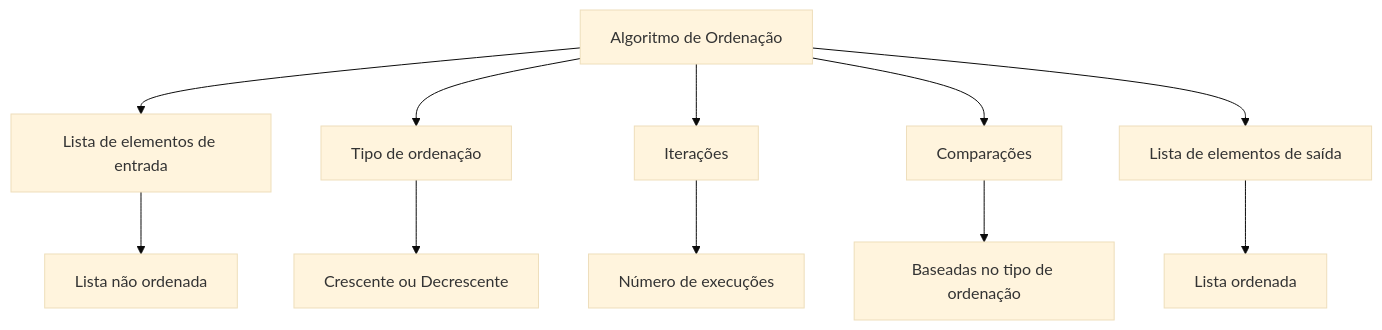
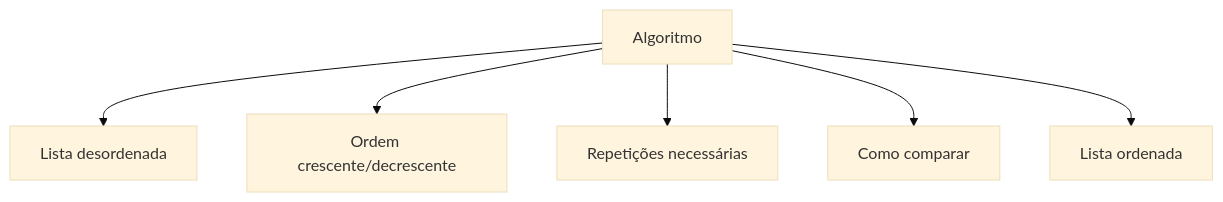
Before and after one commit to mrpunkdasilva/learn-sorting-algorithms: the diagram in Writerside/topics/Learn-Sorting-ALgorithms.md, drawn with Mermaid (base theme). The commit also changed other lines of this file and 38 other files, not shown here.

````diff
--- a/Writerside/topics/Learn-Sorting-ALgorithms.md
+++ b/Writerside/topics/Learn-Sorting-ALgorithms.md
@@ -52,14 +40,8 @@
 ```mermaid
 graph TD
-    A[Algoritmo de Ordenação] --> B[Lista de elementos de entrada]
-    A --> C[Tipo de ordenação]
-    A --> D[Iterações]
-    A --> E[Comparações]
-    A --> F[Lista de elementos de saída]
-    
-    B --> G[Lista não ordenada]
-    C --> H[Crescente ou Decrescente]
-    D --> I[Número de execuções]
-    E --> J[Baseadas no tipo de ordenação]
-    F --> K[Lista ordenada]
+    A[Algoritmo] --> B[Lista desordenada]
+    A --> C[Ordem crescente/decrescente]
+    A --> D[Repetições necessárias]
+    A --> E[Como comparar]
+    A --> F[Lista ordenada]
 ```
````
